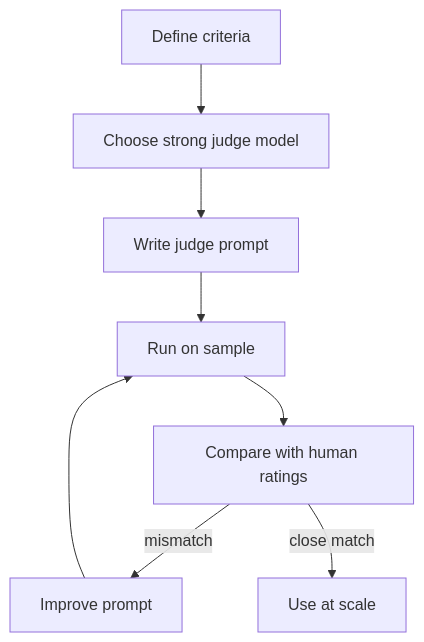
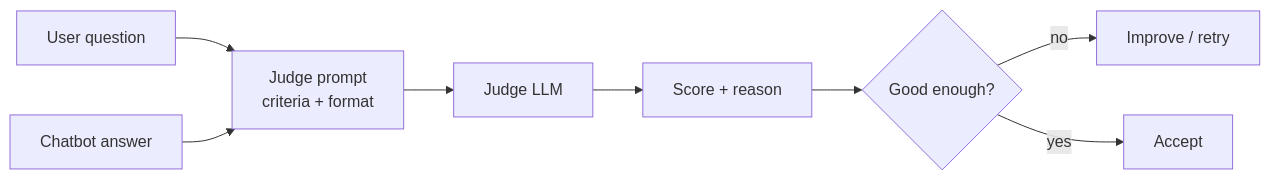
The diagram in notes/step-13-evaluation-and-observability/166-llm-as-a-judge.md (kaisarnajar/outcome-school-blogs), drawn with Mermaid before and after one commit. The commit also changed other lines of this file and 233 other files, not shown here.

````diff
--- a/notes/step-13-evaluation-and-observability/166-llm-as-a-judge.md
+++ b/notes/step-13-evaluation-and-observability/166-llm-as-a-judge.md
@@ -46,10 +35,10 @@
 ```mermaid
-flowchart TD
-    A["Define criteria"] --> B["Choose strong judge model"]
-    B --> C["Write judge prompt"]
-    C --> D["Run on sample"]
-    D --> E["Compare with human ratings"]
-    E -->|"mismatch"| F["Improve prompt"]
-    F --> D
-    E -->|"close match"| G["Use at scale"]
+flowchart LR
+    Q["User question"] --> P["Judge prompt<br/>criteria + format"]
+    A["Chatbot answer"] --> P
+    P --> J["Judge LLM"]
+    J --> S["Score + reason"]
+    S --> D{"Good enough?"}
+    D -->|"no"| R["Improve / retry"]
+    D -->|"yes"| OK["Accept"]
 ```
````
